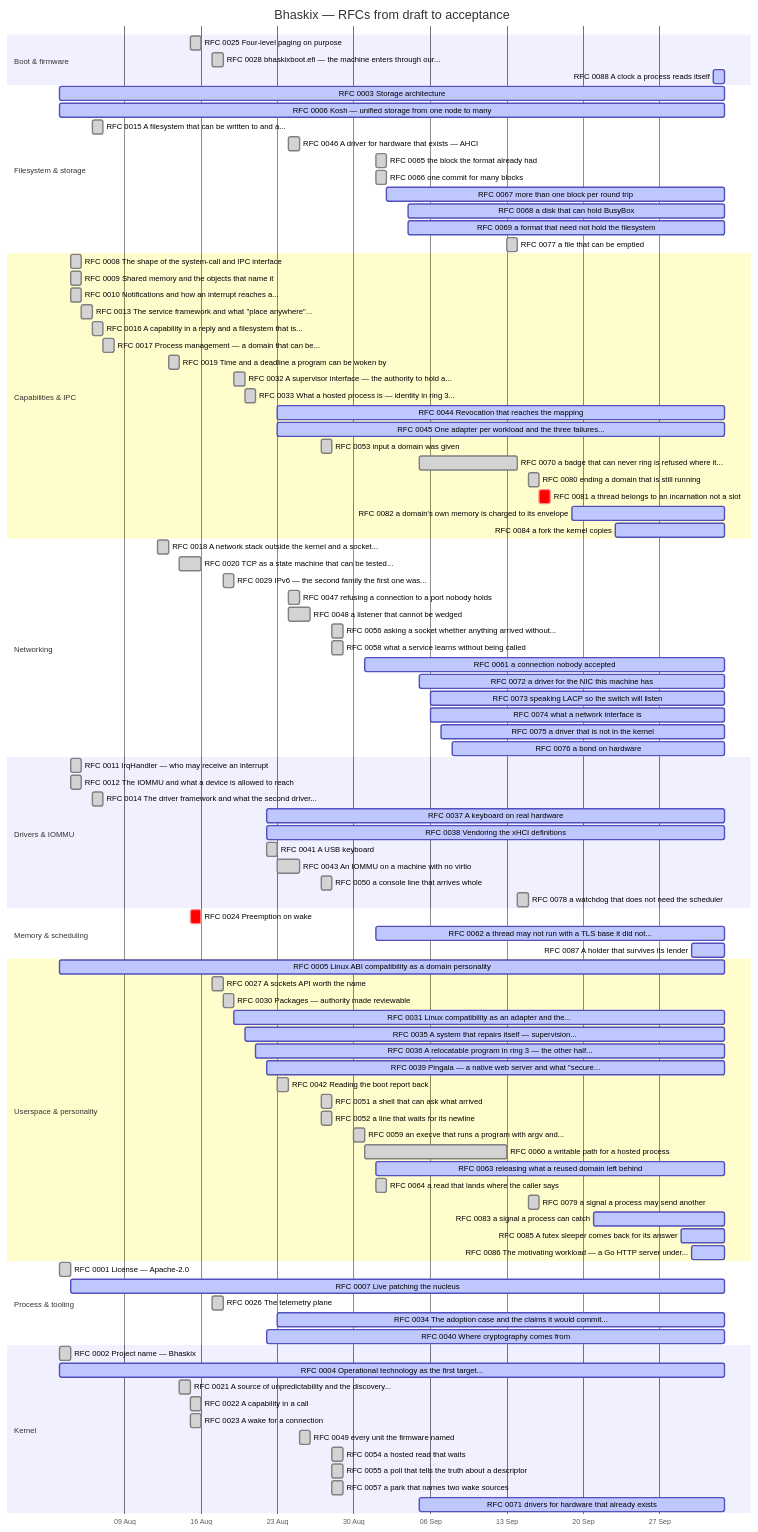
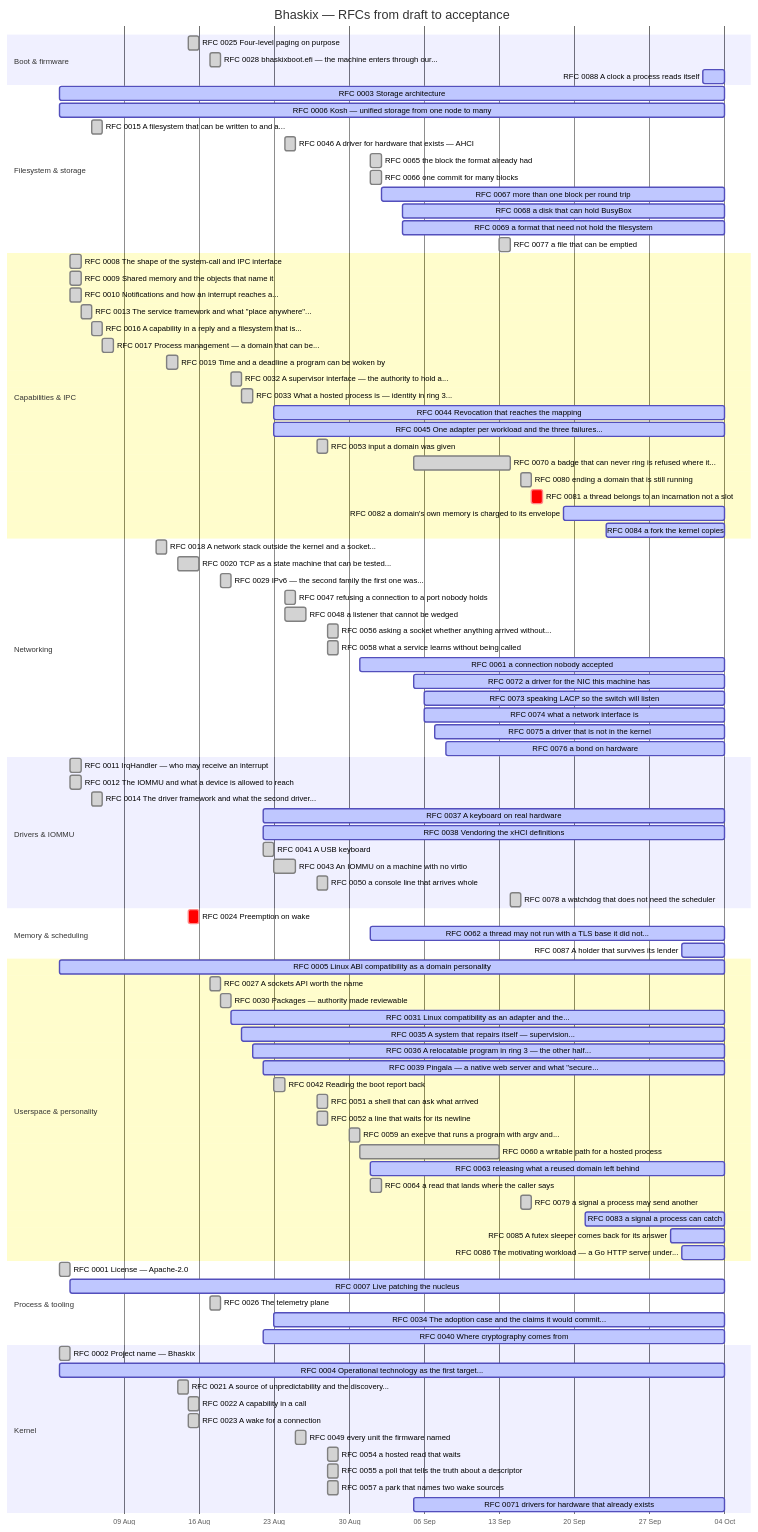
One commit to bhaskix/bhaskix changed the diagram in docs/progress.md. Above: the diagram before and after it, drawn with Mermaid. The commit also changed other lines of this file and 5 other files, not shown here.

First line of the commit message:
kernel: never steal the thread a CPU is executing

````diff
--- a/docs/progress.md
+++ b/docs/progress.md
@@ -30,17 +30,17 @@
     section Boot & firmware
     RFC 0025 Four-level paging on purpose :done, r0025, 2026-08-15, 2026-08-16
     RFC 0028 bhaskixboot.efi — the machine enters through our... :done, r0028, 2026-08-17, 2026-08-18
-    RFC 0088 A clock a process reads itself :active, r0088, 2026-10-02, 2026-10-03
+    RFC 0088 A clock a process reads itself :active, r0088, 2026-10-02, 2026-10-04
     section Filesystem & storage
-    RFC 0003 Storage architecture :active, r0003, 2026-08-03, 2026-10-03
-    RFC 0006 Kosh — unified storage from one node to many :active, r0006, 2026-08-03, 2026-10-03
+    RFC 0003 Storage architecture :active, r0003, 2026-08-03, 2026-10-04
+    RFC 0006 Kosh — unified storage from one node to many :active, r0006, 2026-08-03, 2026-10-04
     RFC 0015 A filesystem that can be written to and a... :done, r0015, 2026-08-06, 1d
     RFC 0046 A driver for hardware that exists — AHCI :done, r0046, 2026-08-24, 1d
     RFC 0065 the block the format already had :done, r0065, 2026-09-01, 1d
     RFC 0066 one commit for many blocks :done, r0066, 2026-09-01, 1d
-    RFC 0067 more than one block per round trip :active, r0067, 2026-09-02, 2026-10-03
-    RFC 0068 a disk that can hold BusyBox :active, r0068, 2026-09-04, 2026-10-03
-    RFC 0069 a format that need not hold the filesystem :active, r0069, 2026-09-04, 2026-10-03
+    RFC 0067 more than one block per round trip :active, r0067, 2026-09-02, 2026-10-04
+    RFC 0068 a disk that can hold BusyBox :active, r0068, 2026-09-04, 2026-10-04
+    RFC 0069 a format that need not hold the filesystem :active, r0069, 2026-09-04, 2026-10-04
     RFC 0077 a file that can be emptied :done, r0077, 2026-09-13, 1d
     section Capabilities & IPC
     RFC 0008 The shape of the system-call and IPC interface :done, r0008, 2026-08-04, 1d
@@ -52,14 +52,14 @@
     RFC 0019 Time and a deadline a program can be woken by :done, r0019, 2026-08-13, 2026-08-14
     RFC 0032 A supervisor interface — the authority to hold a... :done, r0032, 2026-08-19, 2026-08-20
     RFC 0033 What a hosted process is — identity in ring 3... :done, r0033, 2026-08-20, 1d
-    RFC 0044 Revocation that reaches the mapping :active, r0044, 2026-08-23, 2026-10-03
-    RFC 0045 One adapter per workload and the three failures... :active, r0045, 2026-08-23, 2026-10-03
+    RFC 0044 Revocation that reaches the mapping :active, r0044, 2026-08-23, 2026-10-04
+    RFC 0045 One adapter per workload and the three failures... :active, r0045, 2026-08-23, 2026-10-04
     RFC 0053 input a domain was given :done, r0053, 2026-08-27, 1d
     RFC 0070 a badge that can never ring is refused where it... :done, r0070, 2026-09-05, 2026-09-14
     RFC 0080 ending a domain that is still running :done, r0080, 2026-09-15, 1d
     RFC 0081 a thread belongs to an incarnation not a slot :crit, r0081, 2026-09-16, 1d
-    RFC 0082 a domain's own memory is charged to its envelope :active, r0082, 2026-09-19, 2026-10-03
-    RFC 0084 a fork the kernel copies :active, r0084, 2026-09-23, 2026-10-03
+    RFC 0082 a domain's own memory is charged to its envelope :active, r0082, 2026-09-19, 2026-10-04
+    RFC 0084 a fork the kernel copies :active, r0084, 2026-09-23, 2026-10-04
     section Networking
     RFC 0018 A network stack outside the kernel and a socket... :done, r0018, 2026-08-12, 2026-08-13
     RFC 0020 TCP as a state machine that can be tested... :done, r0020, 2026-08-14, 2026-08-16
@@ -68,54 +68,54 @@
     RFC 0048 a listener that cannot be wedged :done, r0048, 2026-08-24, 2026-08-26
     RFC 0056 asking a socket whether anything arrived without... :done, r0056, 2026-08-28, 1d
     RFC 0058 what a service learns without being called :done, r0058, 2026-08-28, 1d
-    RFC 0061 a connection nobody accepted :active, r0061, 2026-08-31, 2026-10-03
-    RFC 0072 a driver for the NIC this machine has :active, r0072, 2026-09-05, 2026-10-03
-    RFC 0073 speaking LACP so the switch will listen :active, r0073, 2026-09-06, 2026-10-03
-    RFC 0074 what a network interface is :active, r0074, 2026-09-06, 2026-10-03
-    RFC 0075 a driver that is not in the kernel :active, r0075, 2026-09-07, 2026-10-03
-    RFC 0076 a bond on hardware :active, r0076, 2026-09-08, 2026-10-03
+    RFC 0061 a connection nobody accepted :active, r0061, 2026-08-31, 2026-10-04
+    RFC 0072 a driver for the NIC this machine has :active, r0072, 2026-09-05, 2026-10-04
+    RFC 0073 speaking LACP so the switch will listen :active, r0073, 2026-09-06, 2026-10-04
+    RFC 0074 what a network interface is :active, r0074, 2026-09-06, 2026-10-04
+    RFC 0075 a driver that is not in the kernel :active, r0075, 2026-09-07, 2026-10-04
+    RFC 0076 a bond on hardware :active, r0076, 2026-09-08, 2026-10-04
     section Drivers & IOMMU
     RFC 0011 IrqHandler — who may receive an interrupt :done, r0011, 2026-08-04, 1d
     RFC 0012 The IOMMU and what a device is allowed to reach :done, r0012, 2026-08-04, 1d
     RFC 0014 The driver framework and what the second driver... :done, r0014, 2026-08-06, 1d
-    RFC 0037 A keyboard on real hardware :active, r0037, 2026-08-22, 2026-10-03
-    RFC 0038 Vendoring the xHCI definitions :active, r0038, 2026-08-22, 2026-10-03
+    RFC 0037 A keyboard on real hardware :active, r0037, 2026-08-22, 2026-10-04
+    RFC 0038 Vendoring the xHCI definitions :active, r0038, 2026-08-22, 2026-10-04
     RFC 0041 A USB keyboard :done, r0041, 2026-08-22, 2026-08-23
     RFC 0043 An IOMMU on a machine with no virtio :done, r0043, 2026-08-23, 2026-08-25
     RFC 0050 a console line that arrives whole :done, r0050, 2026-08-27, 1d
     RFC 0078 a watchdog that does not need the scheduler :done, r0078, 2026-09-14, 2026-09-15
     section Memory & scheduling
     RFC 0024 Preemption on wake :crit, r0024, 2026-08-15, 1d
-    RFC 0062 a thread may not run with a TLS base it did not... :active, r0062, 2026-09-01, 2026-10-03
-    RFC 0087 A holder that survives its lender :active, r0087, 2026-09-30, 2026-10-03
+    RFC 0062 a thread may not run with a TLS base it did not... :active, r0062, 2026-09-01, 2026-10-04
+    RFC 0087 A holder that survives its lender :active, r0087, 2026-09-30, 2026-10-04
     section Userspace & personality
-    RFC 0005 Linux ABI compatibility as a domain personality :active, r0005, 2026-08-03, 2026-10-03
+    RFC 0005 Linux ABI compatibility as a domain personality :active, r0005, 2026-08-03, 2026-10-04
     RFC 0027 A sockets API worth the name :done, r0027, 2026-08-17, 1d
     RFC 0030 Packages — authority made reviewable :done, r0030, 2026-08-18, 2026-08-19
-    RFC 0031 Linux compatibility as an adapter and the... :active, r0031, 2026-08-19, 2026-10-03
-    RFC 0035 A system that repairs itself — supervision... :active, r0035, 2026-08-20, 2026-10-03
-    RFC 0036 A relocatable program in ring 3 — the other half... :active, r0036, 2026-08-21, 2026-10-03
-    RFC 0039 Pingala — a native web server and what "secure... :active, r0039, 2026-08-22, 2026-10-03
+    RFC 0031 Linux compatibility as an adapter and the... :active, r0031, 2026-08-19, 2026-10-04
+    RFC 0035 A system that repairs itself — supervision... :active, r0035, 2026-08-20, 2026-10-04
+    RFC 0036 A relocatable program in ring 3 — the other half... :active, r0036, 2026-08-21, 2026-10-04
+    RFC 0039 Pingala — a native web server and what "secure... :active, r0039, 2026-08-22, 2026-10-04
     RFC 0042 Reading the boot report back :done, r0042, 2026-08-23, 1d
     RFC 0051 a shell that can ask what arrived :done, r0051, 2026-08-27, 1d
     RFC 0052 a line that waits for its newline :done, r0052, 2026-08-27, 1d
     RFC 0059 an execve that runs a program with argv and... :done, r0059, 2026-08-30, 1d
     RFC 0060 a writable path for a hosted process :done, r0060, 2026-08-31, 2026-09-13
-    RFC 0063 releasing what a reused domain left behind :active, r0063, 2026-09-01, 2026-10-03
+    RFC 0063 releasing what a reused domain left behind :active, r0063, 2026-09-01, 2026-10-04
     RFC 0064 a read that lands where the caller says :done, r0064, 2026-09-01, 1d
     RFC 0079 a signal a process may send another :done, r0079, 2026-09-15, 1d
-    RFC 0083 a signal a process can catch :active, r0083, 2026-09-21, 2026-10-03
-    RFC 0085 A futex sleeper comes back for its answer :active, r0085, 2026-09-29, 2026-10-03
-    RFC 0086 The motivating workload — a Go HTTP server under... :active, r0086, 2026-09-30, 2026-10-03
+    RFC 0083 a signal a process can catch :active, r0083, 2026-09-21, 2026-10-04
+    RFC 0085 A futex sleeper comes back for its answer :active, r0085, 2026-09-29, 2026-10-04
+    RFC 0086 The motivating workload — a Go HTTP server under... :active, r0086, 2026-09-30, 2026-10-04
     section Process & tooling
     RFC 0001 License — Apache-2.0 :done, r0001, 2026-08-03, 1d
-    RFC 0007 Live patching the nucleus :active, r0007, 2026-08-04, 2026-10-03
+    RFC 0007 Live patching the nucleus :active, r0007, 2026-08-04, 2026-10-04
     RFC 0026 The telemetry plane :done, r0026, 2026-08-17, 1d
-    RFC 0034 The adoption case and the claims it would commit... :active, r0034, 2026-08-23, 2026-10-03
-    RFC 0040 Where cryptography comes from :active, r0040, 2026-08-22, 2026-10-03
+    RFC 0034 The adoption case and the claims it would commit... :active, r0034, 2026-08-23, 2026-10-04
+    RFC 0040 Where cryptography comes from :active, r0040, 2026-08-22, 2026-10-04
     section Kernel
     RFC 0002 Project name — Bhaskix :done, r0002, 2026-08-03, 1d
-    RFC 0004 Operational technology as the first target... :active, r0004, 2026-08-03, 2026-10-03
+    RFC 0004 Operational technology as the first target... :active, r0004, 2026-08-03, 2026-10-04
     RFC 0021 A source of unpredictability and the discovery... :done, r0021, 2026-08-14, 1d
     RFC 0022 A capability in a call :done, r0022, 2026-08-15, 2026-08-16
     RFC 0023 A wake for a connection :done, r0023, 2026-08-15, 2026-08-16
@@ -123,5 +123,5 @@
     RFC 0054 a hosted read that waits :done, r0054, 2026-08-28, 1d
     RFC 0055 a poll that tells the truth about a descriptor :done, r0055, 2026-08-28, 1d
     RFC 0057 a park that names two wake sources :done, r0057, 2026-08-28, 1d
-    RFC 0071 drivers for hardware that already exists :active, r0071, 2026-09-05, 2026-10-03
+    RFC 0071 drivers for hardware that already exists :active, r0071, 2026-09-05, 2026-10-04
 ```
````
